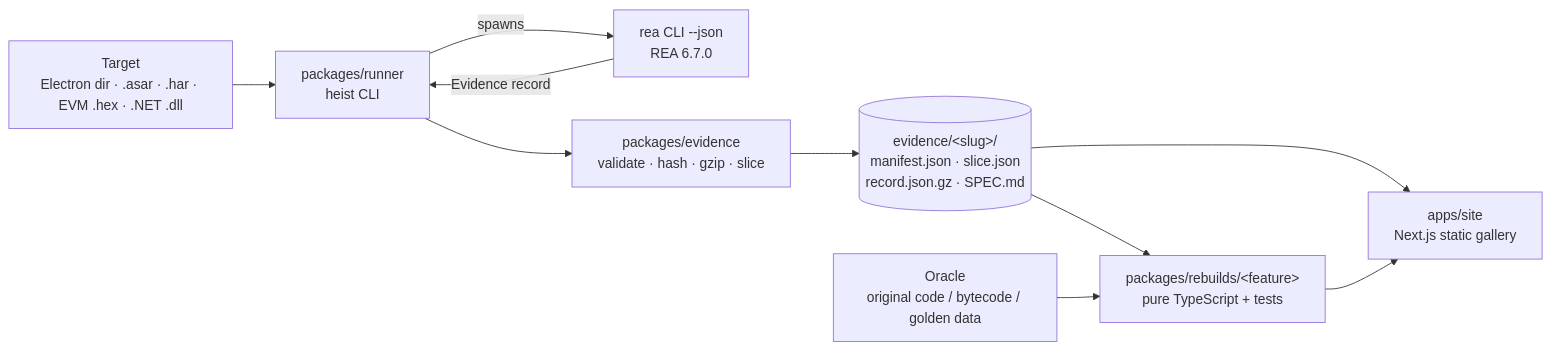
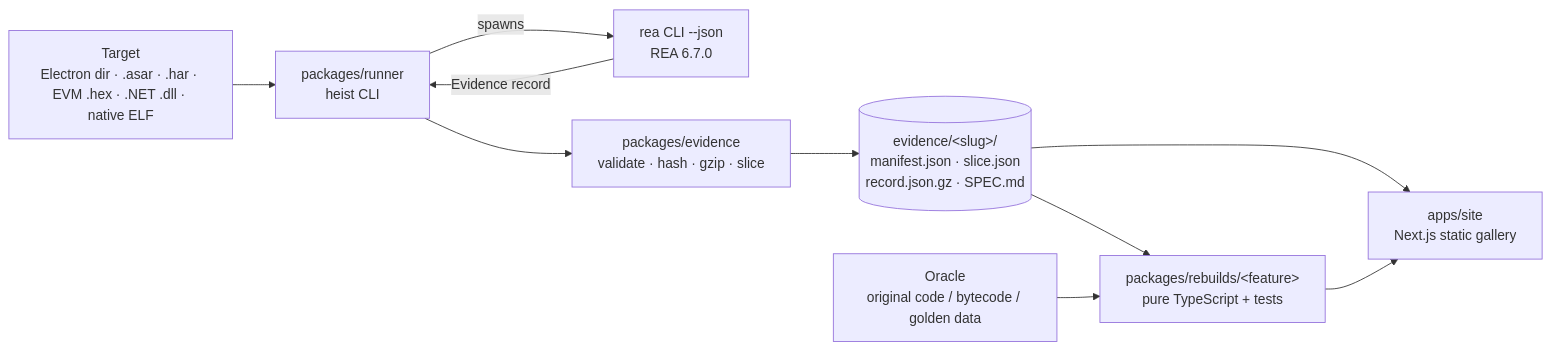
The diagram in docs/architecture.md (devtechedge/feature-heist), drawn with Mermaid before and after one commit. The commit also changed other lines of this file and 1 other file, not shown here.

Commit message:
docs: native routing, scaffolding and Vercel deployment in architecture docs

````diff
--- a/docs/architecture.md
+++ b/docs/architecture.md
@@ -5,12 +5,12 @@
 ```mermaid
 flowchart LR
-  T[Target<br/>Electron dir · .asar · .har · EVM .hex · .NET .dll] --> R[packages/runner<br/>heist CLI]
+  T[Target<br/>Electron dir · .asar · .har · EVM .hex · .NET .dll · native ELF] --> R[packages/runner<br/>heist CLI]
   R -->|spawns| REA[rea CLI --json<br/>REA 6.7.0]
   REA -->|Evidence record| R
   R --> E[packages/evidence<br/>validate · hash · gzip · slice]
   E --> D[(evidence/&lt;slug&gt;/<br/>manifest.json · slice.json<br/>record.json.gz · SPEC.md)]
   D --> B[packages/rebuilds/&lt;feature&gt;<br/>pure TypeScript + tests]
   O[Oracle<br/>original code / bytecode / golden data] --> B
   D --> S[apps/site<br/>Next.js static gallery]
   B --> S
 ```
````
